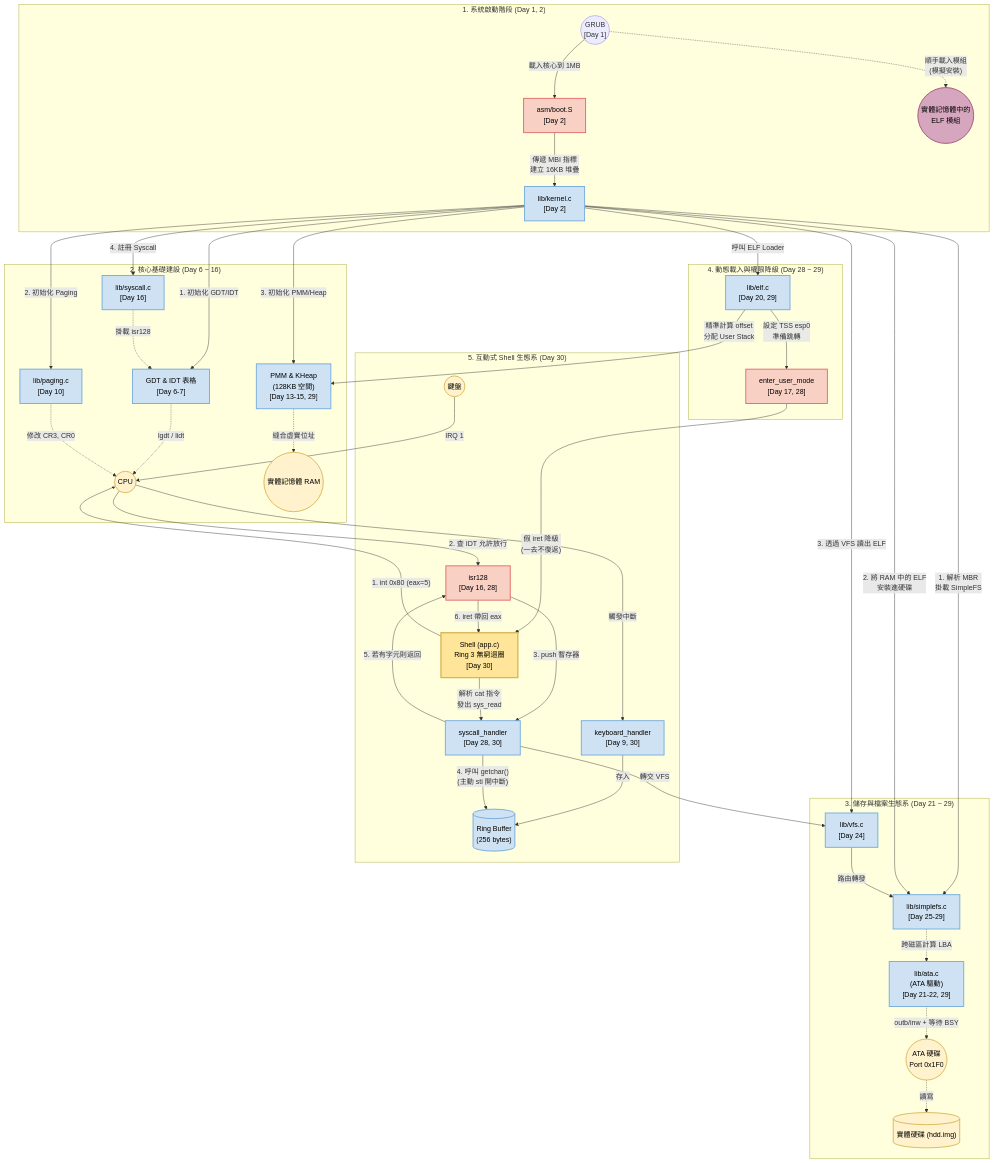
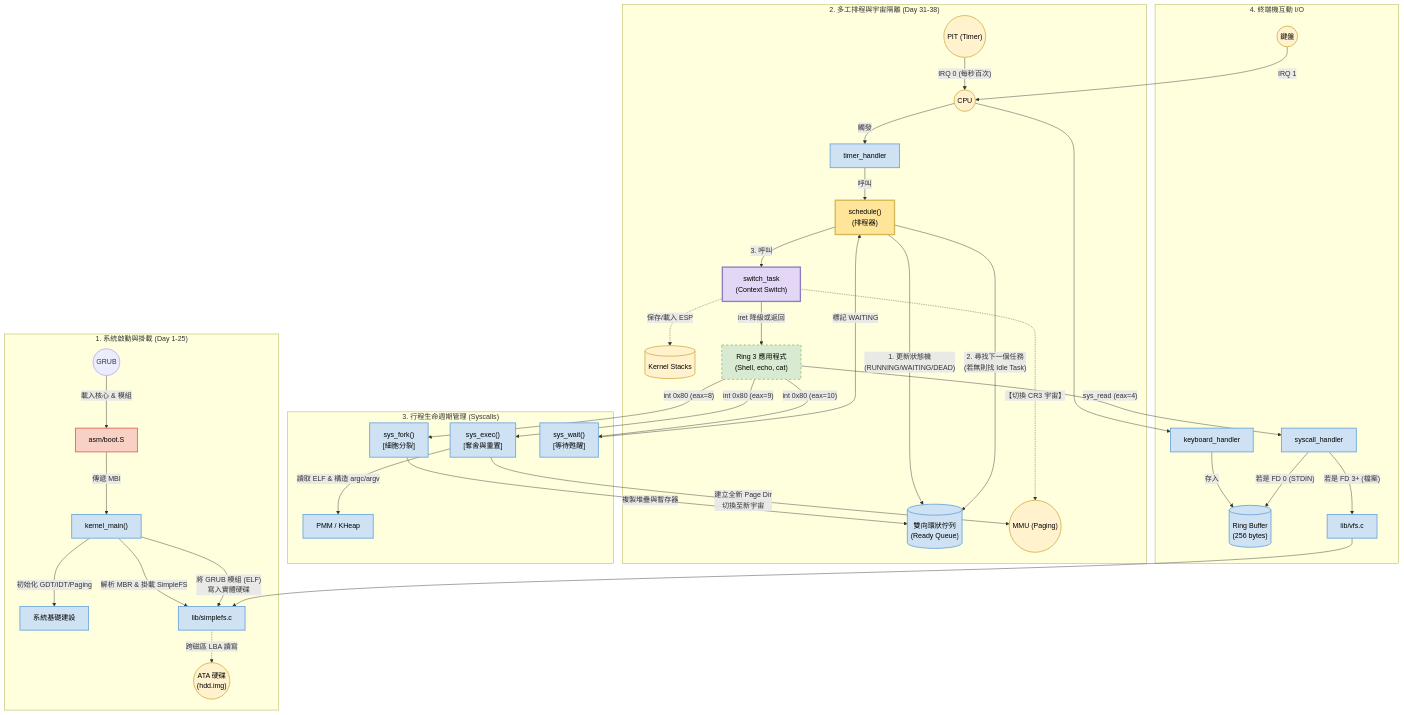
One commit to rickhw/simple-operating-systems changed the diagram in Course-Overview.mermaid. Above: the diagram before and after it, drawn with Mermaid. The commit also changed 66 other files, not shown here.

```diff
--- a/Course-Overview.mermaid
+++ b/Course-Overview.mermaid
@@ -1,69 +1,58 @@
 flowchart TD
     %% 定義節點樣式
     classDef asm fill:#f9d0c4,stroke:#e06666,stroke-width:2px,color:#000
     classDef clang fill:#cfe2f3,stroke:#6fa8dc,stroke-width:2px,color:#000
     classDef hw fill:#fff2cc,stroke:#d6b656,stroke-width:2px,color:#000
     classDef clang_r3 fill:#d9ead3,stroke:#93c47d,stroke-width:2px,color:#000,stroke-dasharray: 5 5
     classDef grub fill:#d5a6bd,stroke:#a64d79,stroke-width:2px,color:#000
     classDef highlight fill:#ffe599,stroke:#d6b656,stroke-width:3px,color:#000
+    classDef magic fill:#e4d7f5,stroke:#8e7cc3,stroke-width:3px,color:#000
 
     %% 系統啟動流程
-    subgraph Boot ["1. 系統啟動階段 (Day 1, 2)"]
-        GRUB(("GRUB\n[Day 1]")) -->|"載入核心到 1MB"| boot["asm/boot.S\n[Day 2]"]:::asm
-        GRUB -.->|"順手載入模組\n(模擬安裝)"| Module(("實體記憶體中的\nELF 模組")):::grub
-        boot -->|"傳遞 MBI 指標\n建立 16KB 堆疊"| kernel["lib/kernel.c\n[Day 2]"]:::clang
+    subgraph Boot ["1. 系統啟動與掛載 (Day 1-25)"]
+        GRUB(("GRUB")) -->|"載入核心 & 模組"| boot["asm/boot.S"]:::asm
+        boot -->|"傳遞 MBI"| kernel["kernel_main()"]:::clang
+        kernel -->|"初始化 GDT/IDT/Paging"| init_sys["系統基礎建設"]:::clang
+        kernel -->|"解析 MBR & 掛載 SimpleFS"| simplefs_c["lib/simplefs.c"]:::clang
+        simplefs_c -.->|"跨磁區 LBA 讀寫"| HDD(("ATA 硬碟\n(hdd.img)")):::hw
+        kernel -->|"將 GRUB 模組 (ELF)\n寫入實體硬碟"| simplefs_c
     end
 
-    %% C 語言初始化呼叫 ASM
-    subgraph Init ["2. 核心基礎建設 (Day 6 ~ 16)"]
-        kernel -->|"1. 初始化 GDT/IDT"| gdt_idt["GDT & IDT 表格\n[Day 6-7]"]:::clang
-        gdt_idt -.->|"lgdt / lidt"| CPU(("CPU")):::hw
+    %% 排程與記憶體隔離核心 (Day 31-38)
+    subgraph Scheduler ["2. 多工排程與宇宙隔離 (Day 31-38)"]
+        PIT(("PIT (Timer)")):::hw -- "IRQ 0 (每秒百次)" --> CPU(("CPU")):::hw
+        CPU -->|"觸發"| isr0["timer_handler"]:::clang
+        isr0 -->|"呼叫"| schedule["schedule()\n(排程器)"]:::highlight
 
-        kernel -->|"2. 初始化 Paging"| paging_c["lib/paging.c\n[Day 10]"]:::clang
-        paging_c -.->|"修改 CR3, CR0"| CPU
+        schedule -->|"1. 更新狀態機\n(RUNNING/WAITING/DEAD)"| TaskQueue[("雙向環狀佇列\n(Ready Queue)")]:::clang
+        schedule -->|"2. 尋找下一個任務\n(若無則找 Idle Task)"| TaskQueue
+        schedule -->|"3. 呼叫"| switch_task["switch_task\n(Context Switch)"]:::magic
 
-        kernel -->|"3. 初始化 PMM/Heap"| mem_c["PMM & KHeap\n(128KB 空間)\n[Day 13-15, 29]"]:::clang
-        mem_c -.->|"縫合虛實位址"| RAM(("實體記憶體 RAM")):::hw
-
-        kernel -->|"4. 註冊 Syscall"| syscall_init["lib/syscall.c\n[Day 16]"]:::clang
-        syscall_init -.->|"掛載 isr128"| gdt_idt
+        switch_task -.->|"保存/載入 ESP"| Stack[("Kernel Stacks")]:::hw
+        switch_task -.->|"【切換 CR3 宇宙】"| MMU(("MMU (Paging)")):::hw
+        switch_task -->|"iret 降級或返回"| UserSpace
     end
 
-    %% 儲存與檔案系統 (Day 21 ~ 29)
-    subgraph StorageFS ["3. 儲存與檔案生態系 (Day 21 ~ 29)"]
-        kernel -->|"1. 解析 MBR\n掛載 SimpleFS"| simplefs_c["lib/simplefs.c\n[Day 25-29]"]:::clang
-        simplefs_c -.->|"跨磁區計算 LBA"| ata_c["lib/ata.c\n(ATA 驅動)\n[Day 21-22, 29]"]:::clang
-        ata_c -.->|"outb/inw + 等待 BSY"| HDD(("ATA 硬碟\nPort 0x1F0")):::hw
-        HDD -.->|"讀寫"| DISK[("實體硬碟 (hdd.img)")]:::hw
+    %% 行程生命週期與系統呼叫 (Day 34-38)
+    subgraph Syscalls ["3. 行程生命週期管理 (Syscalls)"]
+        UserSpace["Ring 3 應用程式\n(Shell, echo, cat)"]:::clang_r3 -- "int 0x80 (eax=8)" --> sys_fork["sys_fork()\n[細胞分裂]"]:::clang
+        UserSpace -- "int 0x80 (eax=9)" --> sys_exec["sys_exec()\n[奪舍與重置]"]:::clang
+        UserSpace -- "int 0x80 (eax=10)" --> sys_wait["sys_wait()\n[等待甦醒]"]:::clang
 
-        kernel -->|"2. 將 RAM 中的 ELF\n安裝進硬碟"| simplefs_c
-        kernel -->|"3. 透過 VFS 讀出 ELF"| vfs_c["lib/vfs.c\n[Day 24]"]:::clang
-        vfs_c -->|"路由轉發"| simplefs_c
+        sys_fork -->|"複製堆疊與暫存器"| TaskQueue
+        sys_exec -->|"建立全新 Page Dir\n切換至新宇宙"| MMU
+        sys_exec -->|"讀取 ELF & 構造 argc/argv"| mem_c["PMM / KHeap"]:::clang
+        sys_wait -->|"標記 WAITING"| schedule
     end
 
-    %% 動態載入與特權切換 (Day 28 ~ 29)
-    subgraph AppLoading ["4. 動態載入與權限降級 (Day 28 ~ 29)"]
-        kernel -->|"呼叫 ELF Loader"| elf_c["lib/elf.c\n[Day 20, 29]"]:::clang
-        elf_c -->|"精準計算 offset\n分配 User Stack"| mem_c
-        elf_c -->|"設定 TSS esp0\n準備跳轉"| KernelLoader["enter_user_mode\n[Day 17, 28]"]:::asm
-    end
-
-    %% 互動式 Shell 與中斷迴圈 (Day 30)
-    subgraph Interactive ["5. 互動式 Shell 生態系 (Day 30)"]
-        KernelLoader -->|"假 iret 降級\n(一去不復返)"| UserApp["Shell (app.c)\nRing 3 無窮迴圈\n[Day 30]"]:::highlight
-
+    %% 互動式 I/O (Day 30)
+    subgraph IO ["4. 終端機互動 I/O"]
         Keyboard(("鍵盤")):::hw -- "IRQ 1" --> CPU
-        CPU -->|"觸發中斷"| kbd_isr["keyboard_handler\n[Day 9, 30]"]:::clang
+        CPU --> kbd_isr["keyboard_handler"]:::clang
         kbd_isr -->|"存入"| RingBuffer[("Ring Buffer\n(256 bytes)")]:::clang
 
-        UserApp -- "1. int 0x80 (eax=5)" --> CPU
-        CPU -->|"2. 查 IDT 允許放行"| isr128["isr128\n[Day 16, 28]"]:::asm
-        isr128 -->|"3. push 暫存器"| syscall_h["syscall_handler\n[Day 28, 30]"]:::clang
-
-        syscall_h -->|"4. 呼叫 getchar()\n(主動 sti 開中斷)"| RingBuffer
-        syscall_h -->|"5. 若有字元則返回"| isr128
-        isr128 -->|"6. iret 帶回 eax"| UserApp
-
-        UserApp -- "解析 cat 指令\n發出 sys_read" --> syscall_h
-        syscall_h -->|"轉交 VFS"| vfs_c
+        UserSpace -- "sys_read (eax=4)" --> syscall_h["syscall_handler"]:::clang
+        syscall_h -->|"若是 FD 0 (STDIN)"| RingBuffer
+        syscall_h -->|"若是 FD 3+ (檔案)"| VFS["lib/vfs.c"]:::clang
+        VFS --> simplefs_c
     end
```
